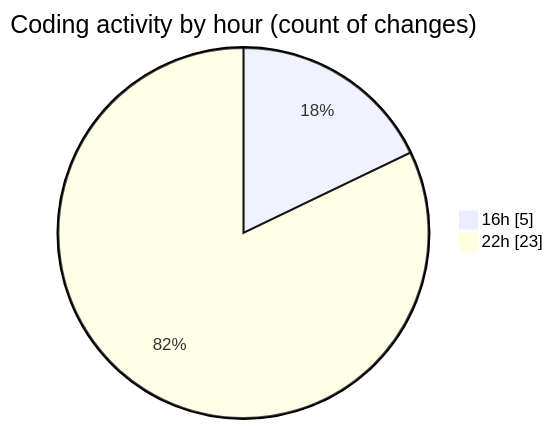
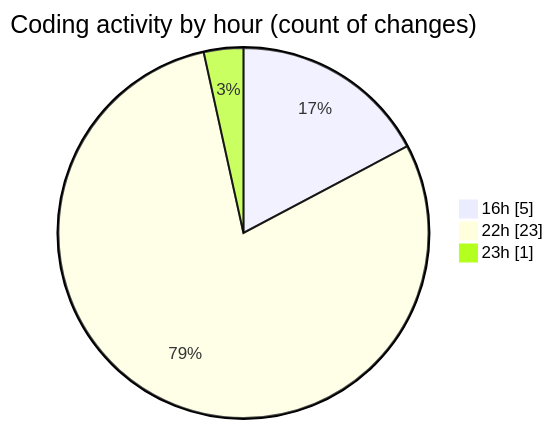
Before and after one commit to robertbonfada/code-tracking: the second of 2 diagrams in 2025-03-18/peregrino-web/README.md, drawn with Mermaid. The commit also changed other lines of this file and 1 other file, not shown here.

````diff
--- a/2025-03-18/peregrino-web/README.md
+++ b/2025-03-18/peregrino-web/README.md
@@ -38,6 +38,7 @@
 ```mermaid
 pie showData
 title Coding activity by hour (count of changes)
 "16h" : 5
 "22h" : 23
+"23h" : 1
 ```
````
